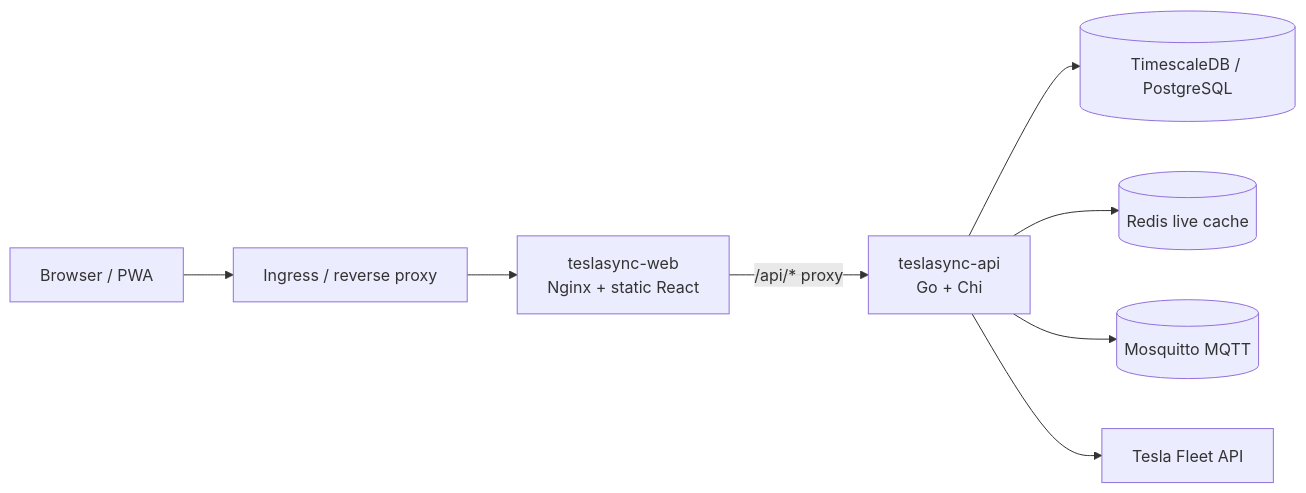
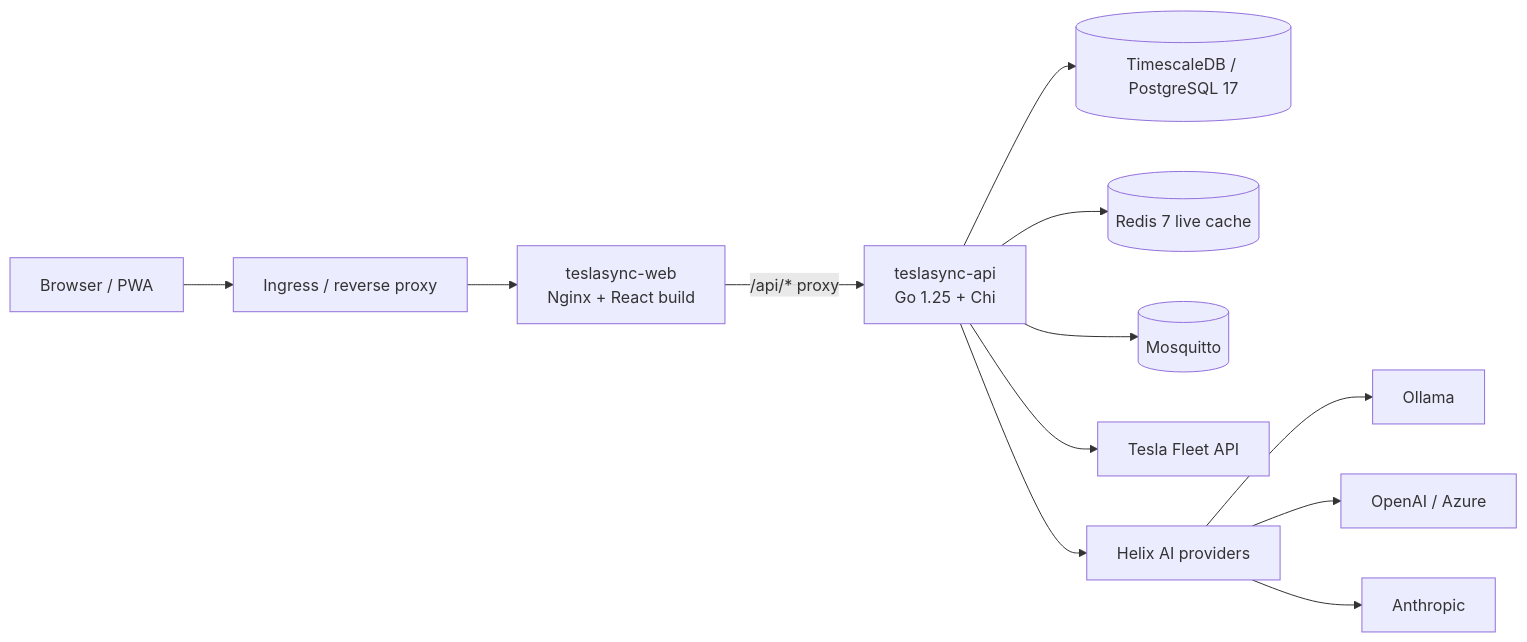
The first of 6 diagrams in docs/guide/architecture.md (ev-dev-labs/teslasync), drawn with Mermaid before and after one commit. The commit also changed other lines of this file and 35 other files, not shown here.

````diff
--- a/docs/guide/architecture.md
+++ b/docs/guide/architecture.md
@@ -7,10 +7,14 @@
 ```mermaid
 graph LR
-    Browser[Browser / PWA] --> Traefik[Ingress / reverse proxy]
-    Traefik --> Web[teslasync-web<br/>Nginx + static React]
-    Web -->|/api/* proxy| API[teslasync-api<br/>Go + Chi]
-    API --> PG[(TimescaleDB / PostgreSQL)]
-    API --> Redis[(Redis live cache)]
-    API --> MQTT[(Mosquitto MQTT)]
+    Browser[Browser / PWA] --> Ingress[Ingress / reverse proxy]
+    Ingress --> Web[teslasync-web<br/>Nginx + React build]
+    Web -->|/api/* proxy| API[teslasync-api<br/>Go 1.25 + Chi]
+    API --> PG[(TimescaleDB / PostgreSQL 17)]
+    API --> Redis[(Redis 7 live cache)]
+    API --> MQTT[(Mosquitto)]
     API --> Tesla[Tesla Fleet API]
+    API --> Helix[Helix AI providers]
+    Helix --> Ollama[Ollama]
+    Helix --> OpenAI[OpenAI / Azure]
+    Helix --> Anthropic[Anthropic]
 ```
````
